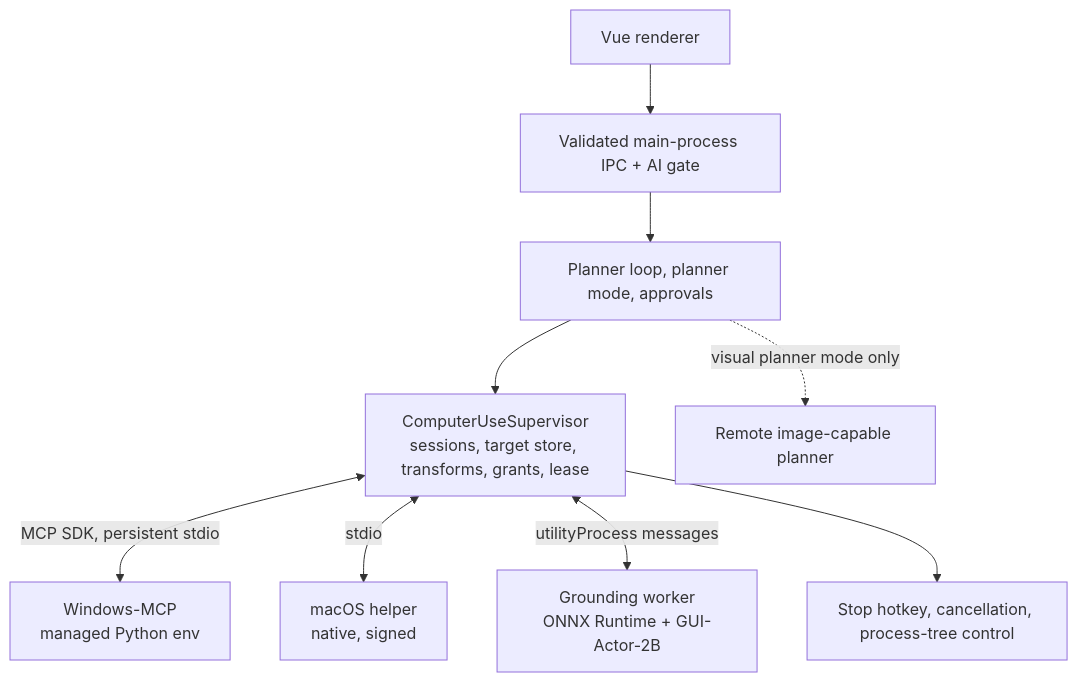
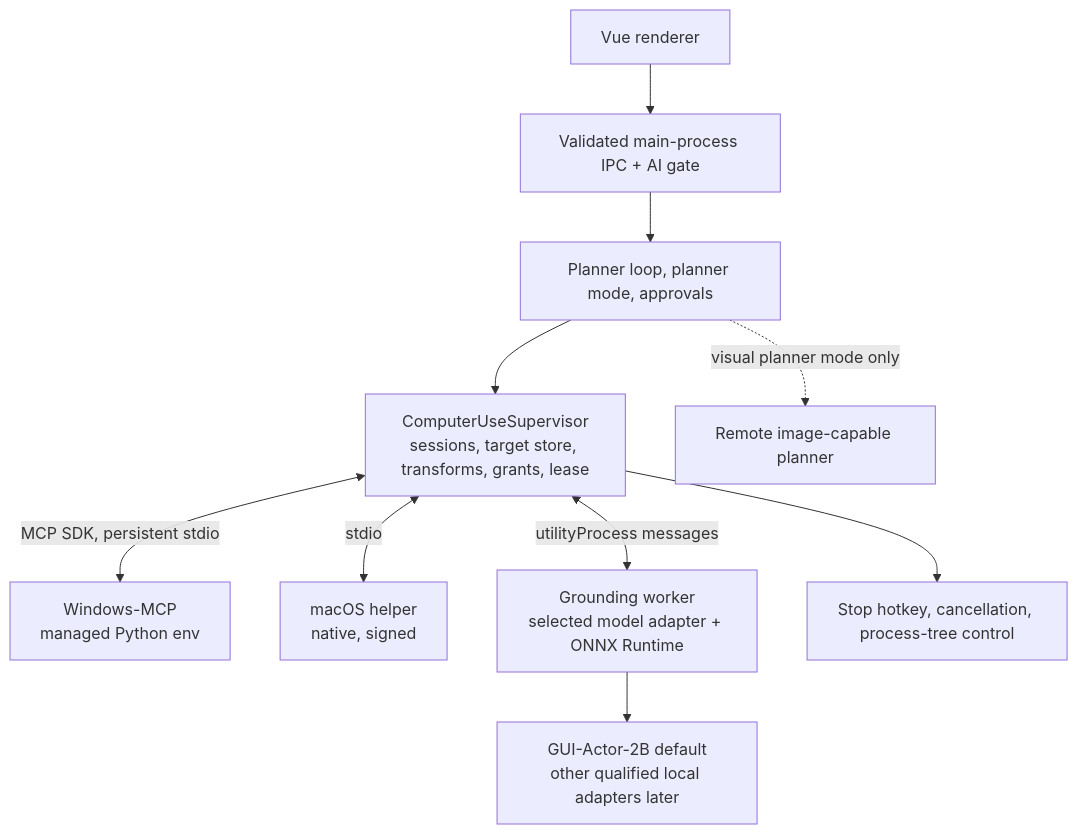
One commit to robertzengcn/aiFetchly changed the diagram in docs/prd/computer-use-plugin-technical-design.md. Above: the diagram before and after it, drawn with Mermaid. The commit also changed other lines of this file and 1 other file, not shown here.

````diff
--- a/docs/prd/computer-use-plugin-technical-design.md
+++ b/docs/prd/computer-use-plugin-technical-design.md
@@ -155,11 +173,12 @@
 ```mermaid
 flowchart TD
     R[Vue renderer] --> I[Validated main-process IPC + AI gate]
     I --> H[Planner loop, planner mode, approvals]
     H --> S[ComputerUseSupervisor<br/>sessions, target store, transforms, grants, lease]
     S <-->|MCP SDK, persistent stdio| WM[Windows-MCP<br/>managed Python env]
     S <-->|stdio| MH[macOS helper<br/>native, signed]
-    S <-->|utilityProcess messages| GW[Grounding worker<br/>ONNX Runtime + GUI-Actor-2B]
+    S <-->|utilityProcess messages| GW[Grounding worker<br/>selected model adapter + ONNX Runtime]
+    GW --> GA[GUI-Actor-2B default<br/>other qualified local adapters later]
     S --> STOP[Stop hotkey, cancellation, process-tree control]
     H -. visual planner mode only .-> P[Remote image-capable planner]
 ```
````
